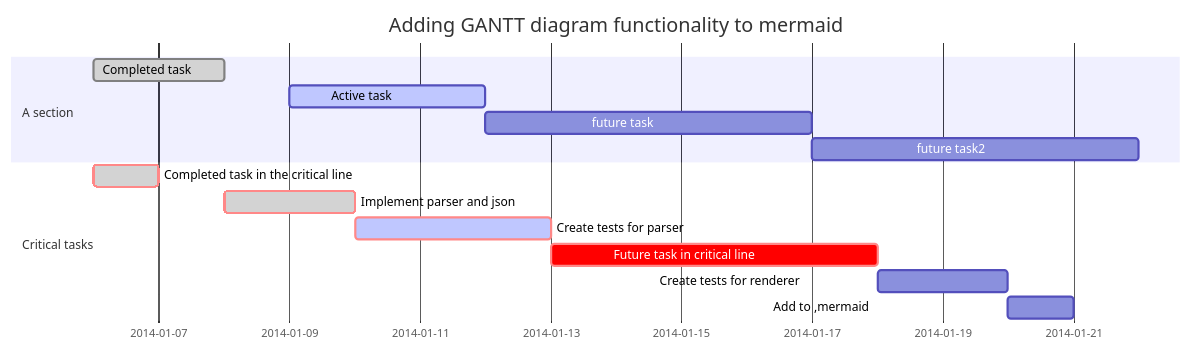
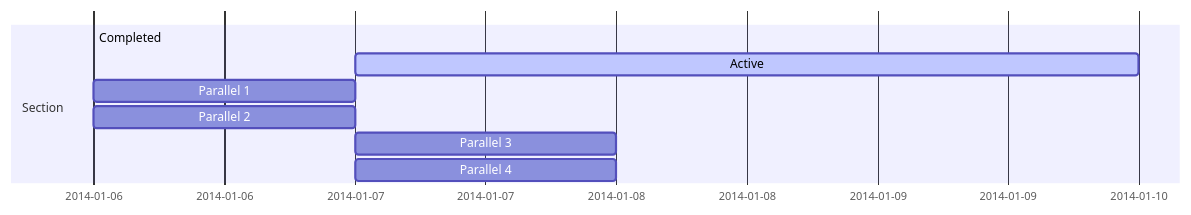
Before and after one commit to Tiphereth-A/Tiphereth-A.github.io: the third of 7 diagrams in source/_posts/test-mermaid.md, drawn with Mermaid. The commit also changed other lines of this file and 1 other file, not shown here.

Commit message:
feat: update test-mermaid

````diff
--- a/source/_posts/test-mermaid.md
+++ b/source/_posts/test-mermaid.md
@@ -68,17 +73,10 @@
 ```mermaid
 gantt
-　　　dateFormat　YYYY-MM-DD
-　　　title Adding GANTT diagram functionality to mermaid
-　　　section A section
-　　　Completed task　　:done, des1, 2014-01-06,2014-01-08
-　　　Active task 　　　　:active, des2, 2014-01-09, 3d
-　　　future task 　　　　:　　　  des3, after des2, 5d
-　　　future task2　　　　:　　　  des4, after des3, 5d
-　　　section Critical tasks
-　　　Completed task in the critical line　:crit, done, 2014-01-06,24h
-　　　Implement parser and json　　　　　　:crit, done, after des1, 2d
-　　　Create tests for parser　　　　　　　:crit, active, 3d
-　　　Future task in critical line　　　　　:crit, 5d
-　　　Create tests for renderer　　　　　　:2d
-　　　Add to ,mermaid　　　　　　　　　　　:1d
+    section Section
+    Completed :done,    des1, 2014-01-06,2014-01-08
+    Active        :active,  des2, 2014-01-07, 3d
+    Parallel 1   :         des3, after des1, 1d
+    Parallel 2   :         des4, after des1, 1d
+    Parallel 3   :         des5, after des3, 1d
+    Parallel 4   :         des6, after des4, 1d
 ```
````
